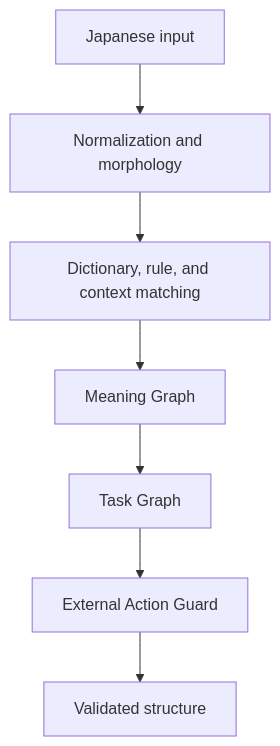
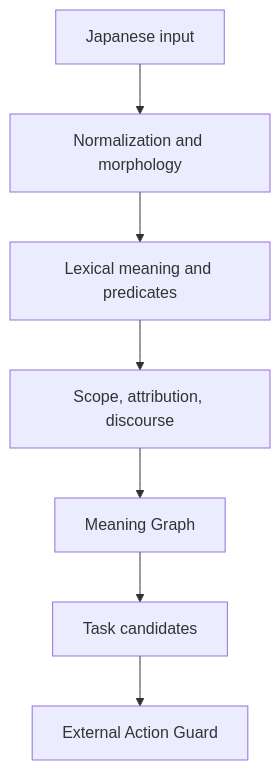
Before and after one commit to seigo-gace/Deterministic-Japanese-Parser-MCP: the diagram in README_EN.md, drawn with Mermaid. The commit also changed other lines of this file and 16 other files, not shown here.

````diff
--- a/README_EN.md
+++ b/README_EN.md
@@ -156,9 +159,9 @@
 ```mermaid
 flowchart TD
     A["Japanese input"] --> B["Normalization and morphology"]
-    B --> C["Dictionary, rule, and context matching"]
-    C --> D["Meaning Graph"]
-    D --> E["Task Graph"]
-    E --> F["External Action Guard"]
-    F --> G["Validated structure"]
+    B --> C["Lexical meaning and predicates"]
+    C --> D["Scope, attribution, discourse"]
+    D --> E["Meaning Graph"]
+    E --> F["Task candidates"]
+    F --> G["External Action Guard"]
 ```
````
